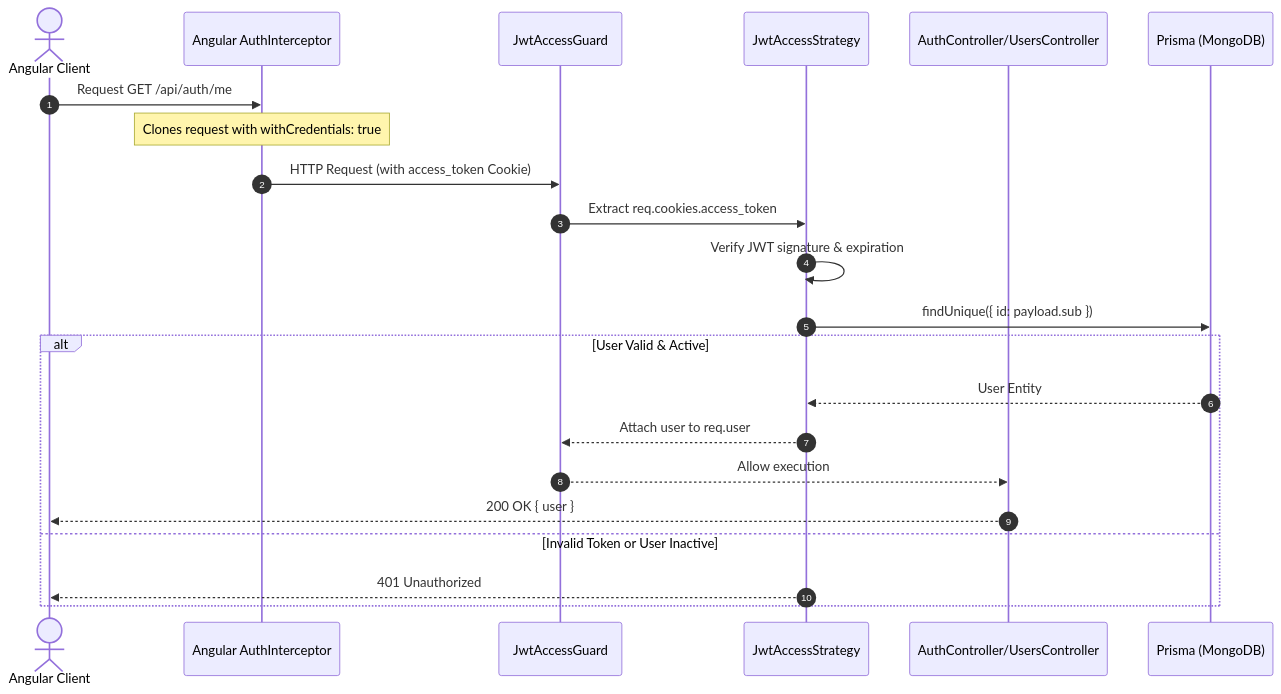
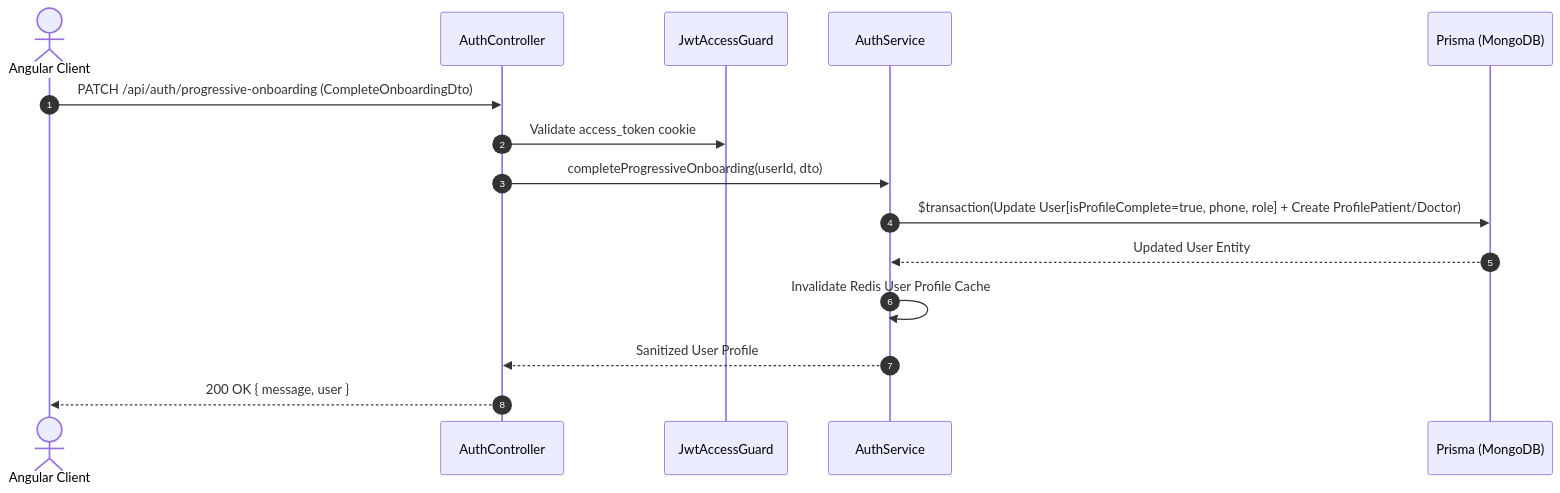
Before and after one commit to Parthasrikar/hospital-services: the fifth of 6 diagrams in docs/auth_implementation_docs.md, drawn with Mermaid. The commit also changed other lines of this file and 24 other files, not shown here.

Commit message:
feat: implement Google OAuth authentication and progressive user onboarding flow

````diff
--- a/docs/auth_implementation_docs.md
+++ b/docs/auth_implementation_docs.md
@@ -188,25 +235,18 @@
 ```mermaid
 sequenceDiagram
     autonumber
     actor Client as Angular Client
-    participant Interceptor as Angular AuthInterceptor
+    participant Controller as AuthController
     participant Guard as JwtAccessGuard
-    participant Strategy as JwtAccessStrategy
-    participant Controller as AuthController/UsersController
+    participant Service as AuthService
     participant DB as Prisma (MongoDB)
 
-    Client->>Interceptor: Request GET /api/auth/me
-    Note over Interceptor: Clones request with withCredentials: true
-    Interceptor->>Guard: HTTP Request (with access_token Cookie)
-    Guard->>Strategy: Extract req.cookies.access_token
-    Strategy->>Strategy: Verify JWT signature & expiration
-    Strategy->>DB: findUnique({ id: payload.sub })
-    alt User Valid & Active
-        DB-->>Strategy: User Entity
-        Strategy-->>Guard: Attach user to req.user
-        Guard-->>Controller: Allow execution
-        Controller-->>Client: 200 OK { user }
-    else Invalid Token or User Inactive
-        Strategy-->>Client: 401 Unauthorized
-    end
+    Client->>Controller: PATCH /api/auth/progressive-onboarding (CompleteOnboardingDto)
+    Controller->>Guard: Validate access_token cookie
+    Controller->>Service: completeProgressiveOnboarding(userId, dto)
+    Service->>DB: $transaction(Update User[isProfileComplete=true, phone, role] + Create ProfilePatient/Doctor)
+    DB-->>Service: Updated User Entity
+    Service->>Service: Invalidate Redis User Profile Cache
+    Service-->>Controller: Sanitized User Profile
+    Controller-->>Client: 200 OK { message, user }
 ```
````
